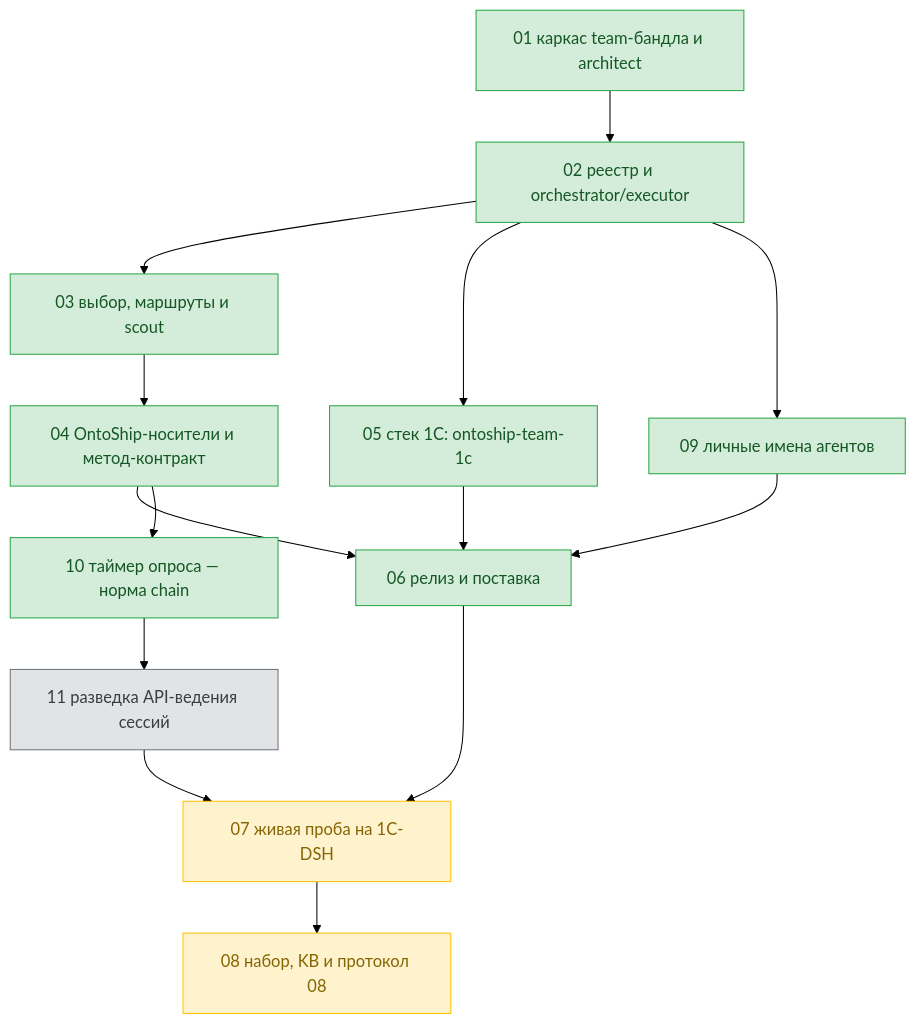
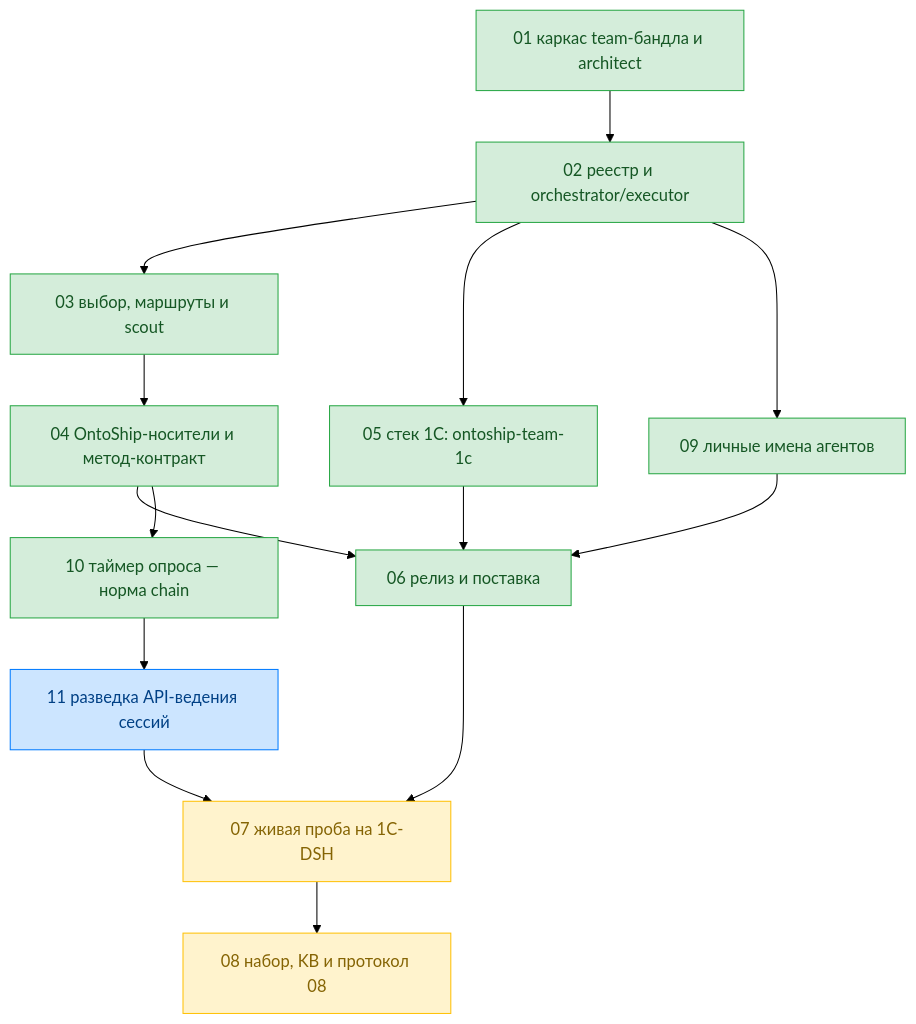
One commit to ntin60775/ontoship-ntin changed the diagram in tickets/team-profiles/dag.md. Above: the diagram before and after it, drawn with Mermaid (forest theme). The commit also changed other lines of this file and 2 other files, not shown here.

````diff
--- a/tickets/team-profiles/dag.md
+++ b/tickets/team-profiles/dag.md
@@ -11,37 +11,37 @@
 ```mermaid
 flowchart TD
   T01["01 каркас team-бандла и architect"]
   T02["02 реестр и orchestrator/executor"]
   T03["03 выбор, маршруты и scout"]
   T04["04 OntoShip-носители и метод-контракт"]
   T05["05 стек 1C: ontoship-team-1c"]
   T06["06 релиз и поставка"]
   T07["07 живая проба на 1C-DSH"]
   T08["08 набор, KB и протокол 08"]
   T09["09 личные имена агентов"]
   T10["10 таймер опроса — норма chain"]
   T11["11 разведка API-ведения сессий"]
 
   T01 --> T02
   T02 --> T03
   T02 --> T05
   T02 --> T09
   T03 --> T04
   T04 --> T06
   T04 --> T10
   T05 --> T06
   T09 --> T06
   T06 --> T07
   T10 --> T11
   T11 --> T07
   T07 --> T08
 
   classDef done fill:#d4edda,stroke:#28a745,color:#155724;
   classDef running fill:#cce5ff,stroke:#007bff,color:#004085;
   classDef pending fill:#e2e3e5,stroke:#6c757d,color:#383d41;
   classDef waiting fill:#fff3cd,stroke:#ffc107,color:#856404;
 
   class T01,T02,T03,T04,T05,T06,T09,T10 done;
-  class T11 pending;
+  class T11 running;
   class T07,T08 waiting;
 ```
````
